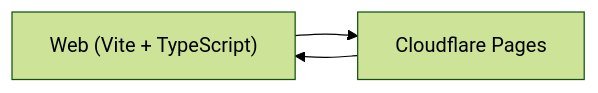
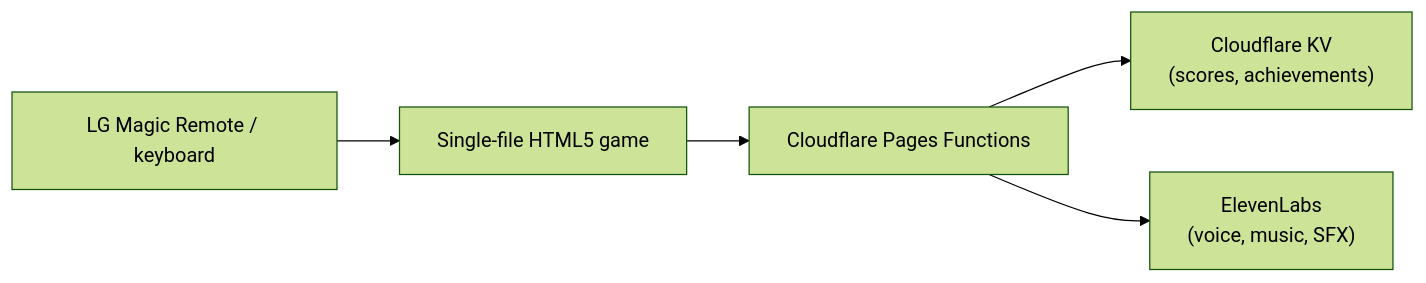
Before and after one commit to stewartburton/stewartburton.github.io: the diagram in site/src/content/work/brainblitz.md, drawn with Mermaid (forest theme). The commit also changed other lines of this file and 6 other files, not shown here.

````diff
--- a/site/src/content/work/brainblitz.md
+++ b/site/src/content/work/brainblitz.md
@@ -20,5 +20,7 @@
 ```mermaid
 flowchart LR
-    User["Web (Vite + TypeScript)"] --> CDN["Cloudflare Pages"]
-    CDN --> User
+    Remote["LG Magic Remote / keyboard"] --> Game["Single-file HTML5 game"]
+    Game --> Pages["Cloudflare Pages Functions"]
+    Pages --> KV["Cloudflare KV\n(scores, achievements)"]
+    Pages --> ElevenLabs["ElevenLabs\n(voice, music, SFX)"]
 ```
````
